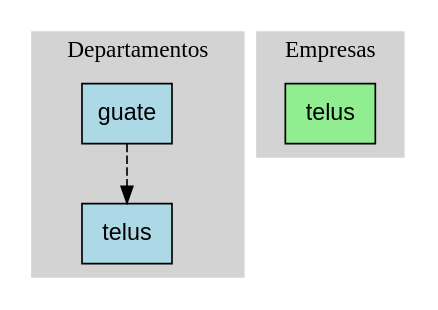
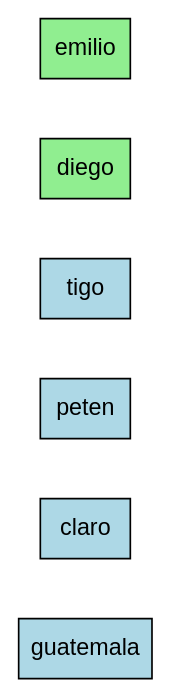
The diagram in output/reporte_matriz.dot (DavidVelasquez77/EDD_PROYECTO1), drawn with Graphviz before and after one commit. The commit also changed 3 other files, not shown here.

```diff
--- a/output/reporte_matriz.dot
+++ b/output/reporte_matriz.dot
@@ -1,21 +1,10 @@
 digraph MatrizLayout {
-  rankdir=TB;
+  rankdir=LR;
   node [shape=box, style=filled, fontname=Arial];
   splines=ortho;
   nodesep=0.5;
   ranksep=0.5;
-  subgraph cluster_departamentos {
-    style=filled;
-    color=lightgrey;
-    label="Departamentos";
-    departamento0 [label="guate", fillcolor=lightblue];
-    departamento1 [label="telus", fillcolor=lightblue];
-    departamento0 -> departamento1 [style=dashed];
-  }
-  subgraph cluster_empresas {
-    style=filled;
-    color=lightgrey;
-    label="Empresas";
-    empresa0 [label="telus", fillcolor=lightgreen];
-  }
+  { rank=same; "guatemala" [fillcolor=lightblue]; "claro" [fillcolor=lightblue]; "peten" [fillcolor=lightblue]; "tigo" [fillcolor=lightblue]; }
+  "diego" [fillcolor=lightgreen];
+  "emilio" [fillcolor=lightgreen];
 }
```
